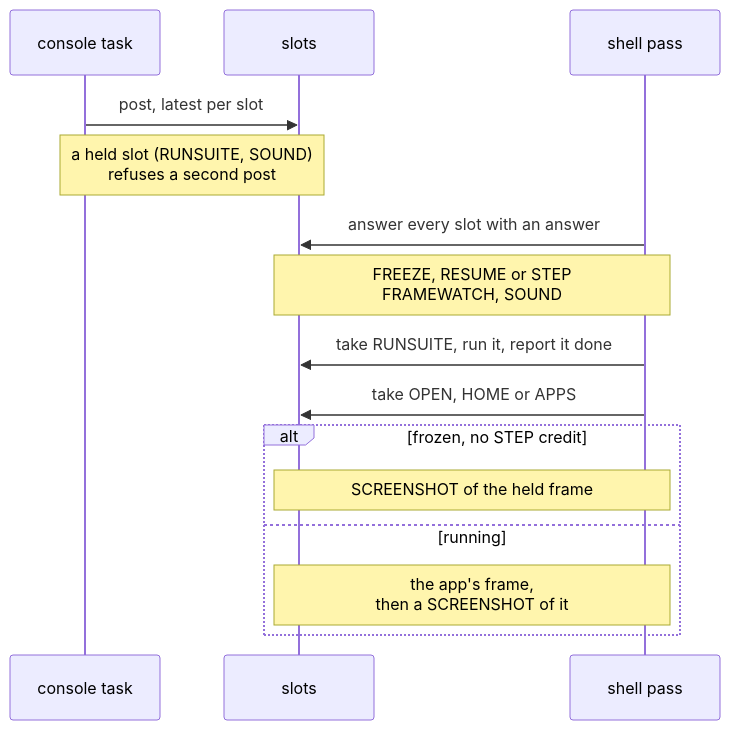
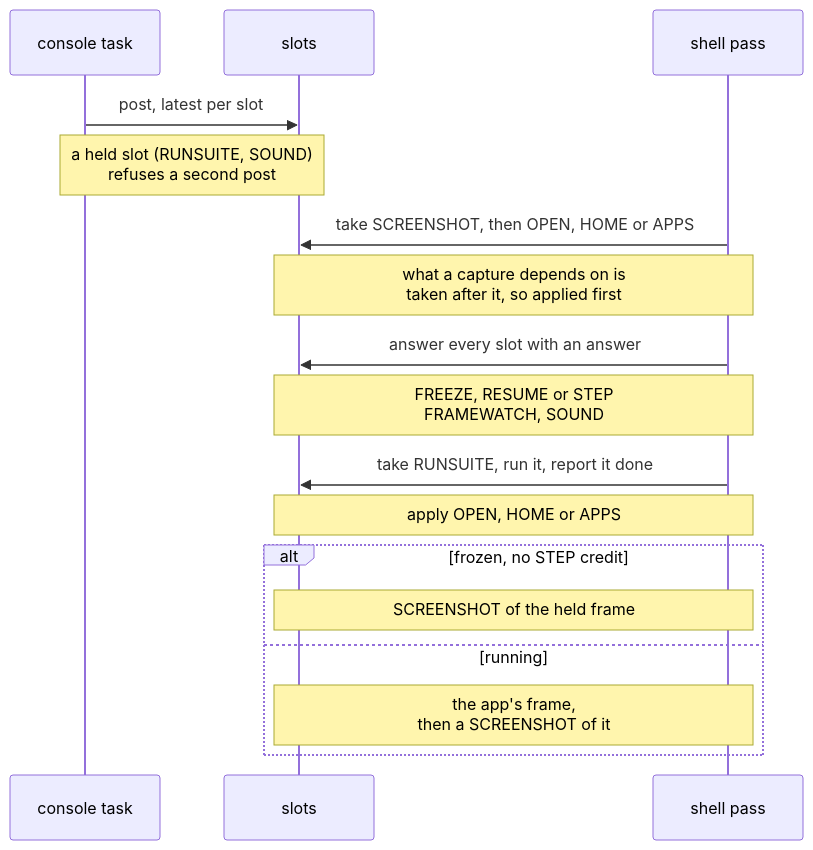
Before and after one commit to jose-villegas/autana: the second of 2 diagrams in docs/firmware/Frame-Loop.md, drawn with Mermaid. The commit also changed 1 other file, not shown here.

Commit message:
shell: take SCREENSHOT, then navigation, before the slot answers
A capture is taken before what it may depend on, so a FREEZE or OPEN posted
ahead of a SCREENSHOT is always applied before the capture runs, as the
single mailbox take guaranteed.

````diff
--- a/docs/firmware/Frame-Loop.md
+++ b/docs/firmware/Frame-Loop.md
@@ -49,17 +49,19 @@
 ```mermaid
 sequenceDiagram
     participant Console as console task
     participant Slot as slots
     participant Shell as shell pass
     Console->>Slot: post, latest per slot
     Note over Console,Slot: a held slot (RUNSUITE, SOUND)<br/>refuses a second post
+    Shell->>Slot: take SCREENSHOT, then OPEN, HOME or APPS
+    Note over Slot,Shell: what a capture depends on is<br/>taken after it, so applied first
     Shell->>Slot: answer every slot with an answer
     Note over Slot,Shell: FREEZE, RESUME or STEP<br/>FRAMEWATCH, SOUND
     Shell->>Slot: take RUNSUITE, run it, report it done
-    Shell->>Slot: take OPEN, HOME or APPS
+    Note over Slot,Shell: apply OPEN, HOME or APPS
     alt frozen, no STEP credit
         Note over Slot,Shell: SCREENSHOT of the held frame
     else running
         Note over Slot,Shell: the app's frame,<br/>then a SCREENSHOT of it
     end
 ```
````
